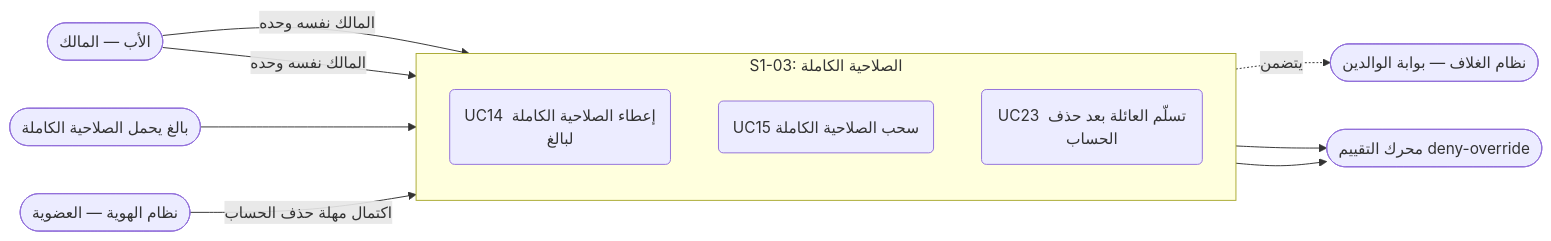
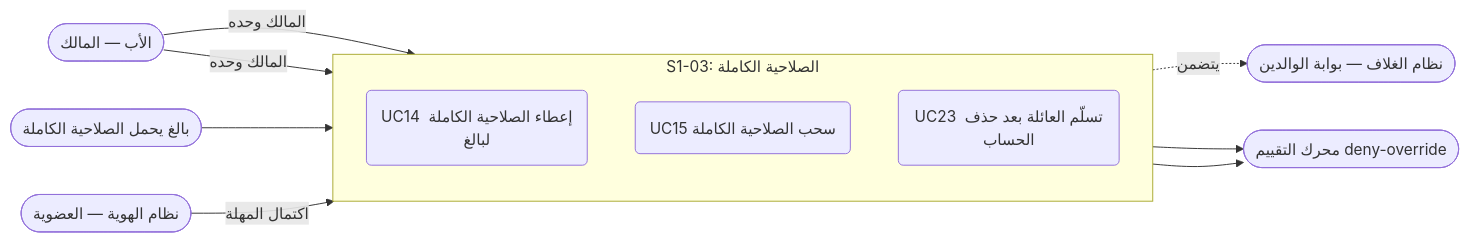
Before and after one commit to Bassam-mohammed-alqaeadi/family-os-v2: the second of 40 diagrams in docs/family-os/governance/phases/phase-1/S1-03-family-roles-and-permissions/DIAGRAMS.md, drawn with Mermaid. The commit also changed other lines of this file, not shown here.

````diff
--- a/docs/family-os/governance/phases/phase-1/S1-03-family-roles-and-permissions/DIAGRAMS.md
+++ b/docs/family-os/governance/phases/phase-1/S1-03-family-roles-and-permissions/DIAGRAMS.md
@@ -78,23 +80,23 @@
 ```mermaid
 flowchart LR
     Father([الأب — المالك])
     Holder([بالغ يحمل الصلاحية الكاملة])
     S102([نظام الهوية — العضوية])
     S101([نظام الغلاف — بوابة الوالدين])
     Eval([محرك التقييم deny-override])
 
     subgraph S103B [S1-03: الصلاحية الكاملة]
         direction TB
         UC14(UC14 إعطاء الصلاحية الكاملة لبالغ)
         UC15(UC15 سحب الصلاحية الكاملة)
         UC23(UC23 تسلّم العائلة بعد حذف الحساب)
     end
 
-    Father -->|المالك نفسه وحده| UC14
-    Father -->|المالك نفسه وحده| UC15
+    Father -->|المالك وحده| UC14
+    Father -->|المالك وحده| UC15
     Holder --> UC23
-    S102 -->|اكتمال مهلة حذف الحساب| UC23
+    S102 -->|اكتمال المهلة| UC23
     UC14 -.->|يتضمن| S101
     UC14 --> Eval
     UC15 --> Eval
 ```
````
